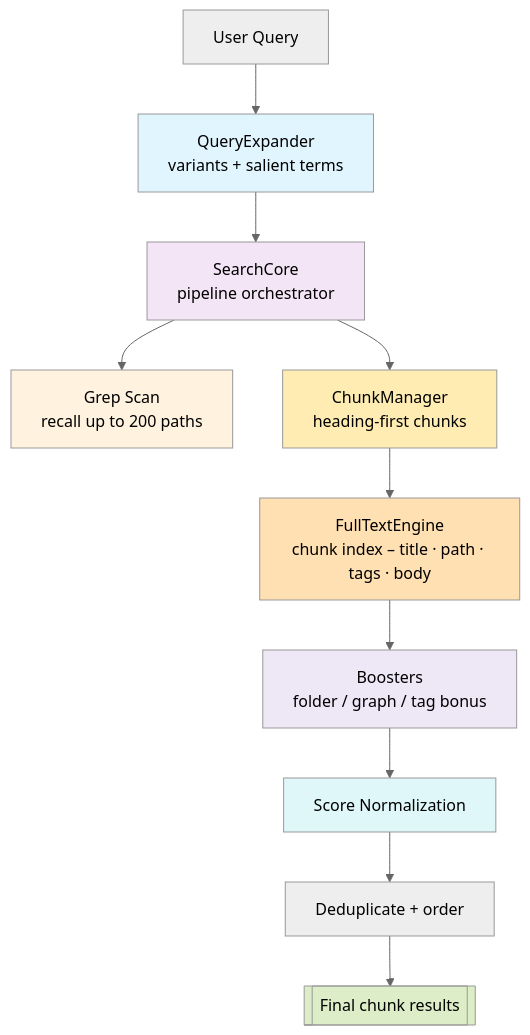
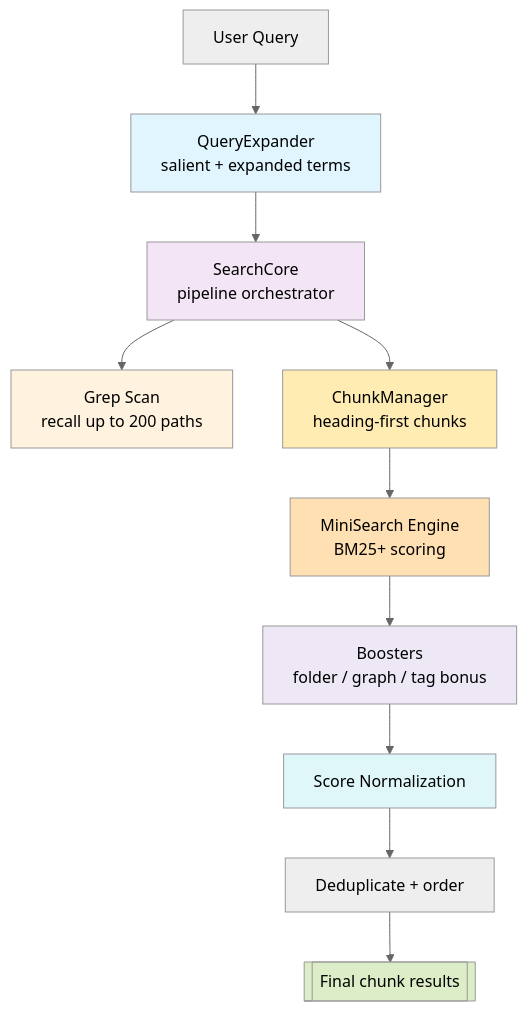
One commit to logancyang/obsidian-copilot changed the diagram in src/search/v3/README.md. Above: the diagram before and after it, drawn with Mermaid (neutral theme). The commit also changed other lines of this file and 3 other files, not shown here.

First line of the commit message:
Enhance QueryExpander and README for improved recall and ranking clarity

````diff
--- a/src/search/v3/README.md
+++ b/src/search/v3/README.md
@@ -7,22 +7,22 @@
 ```mermaid
 graph TD
-    A[User Query] --> B[QueryExpander<br/>variants + salient terms]
+    A[User Query] --> B[QueryExpander<br/>salient + expanded terms]
     B --> C[SearchCore<br/>pipeline orchestrator]
 
     C --> D[Grep Scan<br/>recall up to 200 paths]
     C --> E[ChunkManager<br/>heading-first chunks]
-    E --> F[FullTextEngine<br/>chunk index – title · path · tags · body]
+    E --> F[MiniSearch Engine<br/>BM25+ scoring]
     F --> G[Boosters<br/>folder / graph / tag bonus]
     G --> H[Score Normalization]
     H --> I[Deduplicate + order]
     I --> J[[Final chunk results]]
 
     style B fill:#e1f5fe
     style C fill:#f3e5f5
     style D fill:#fff3e0
     style E fill:#ffecb3
     style F fill:#ffe0b2
     style G fill:#ede7f6
     style H fill:#e0f7fa
     style J fill:#dcedc8
 ```
````
